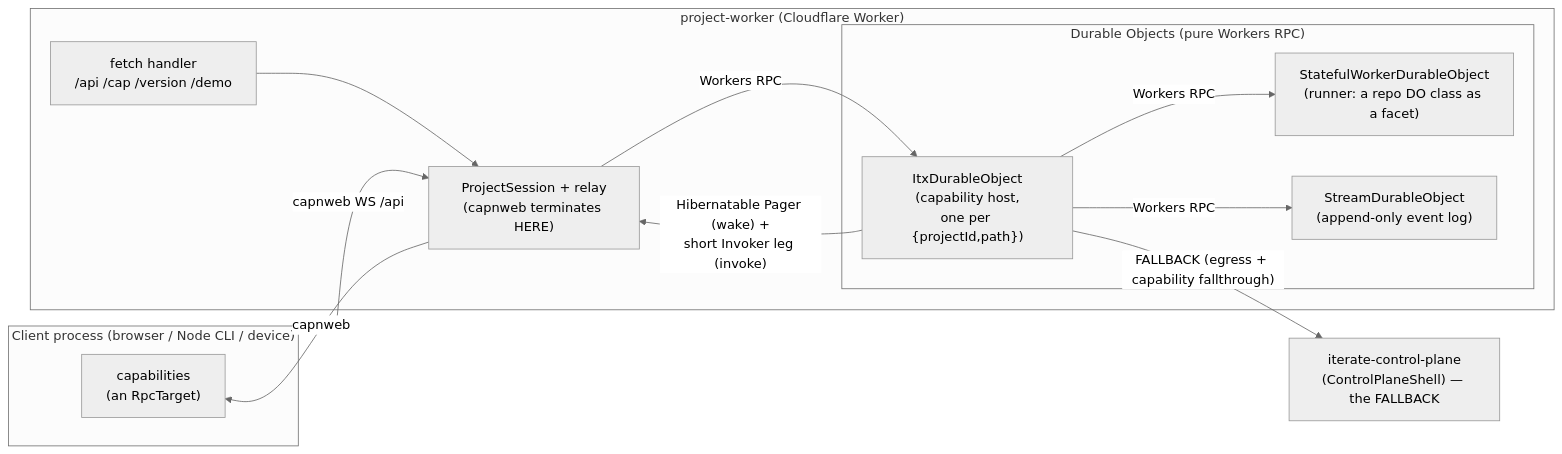
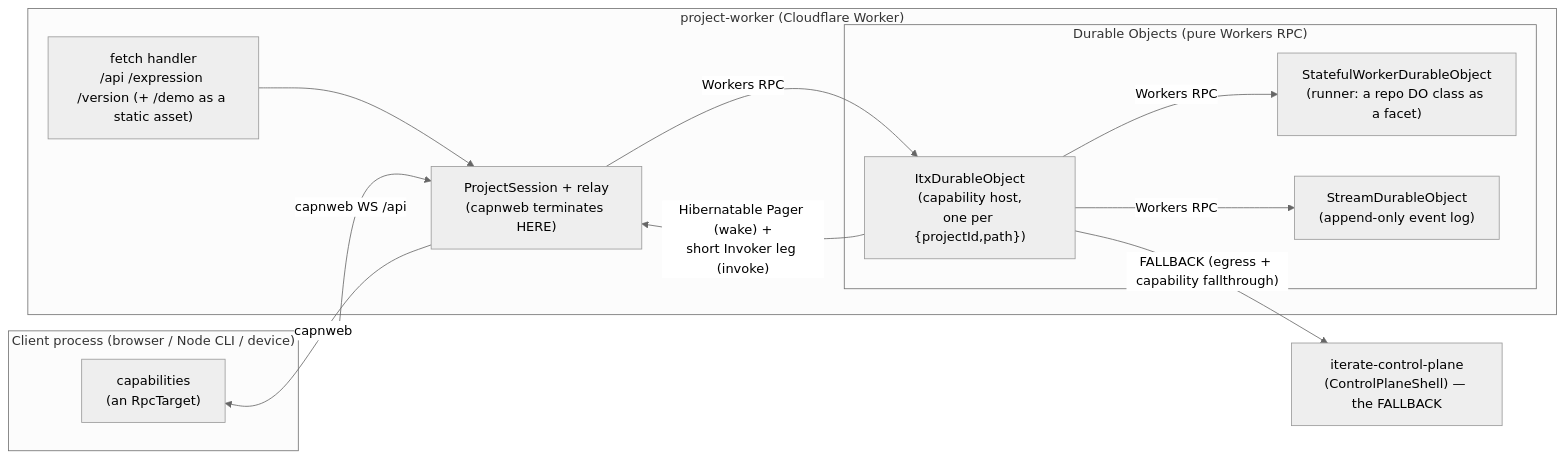
Before and after one commit to iterate/iterate: the first of 4 diagrams in packages/v3/project-worker/ARCHITECTURE.md, drawn with Mermaid (neutral theme). The commit also changed 8 other files, not shown here.

Commit message:
Clean-room perf W2: the /demo page is a Workers static asset, not a 255 KiB string in the worker script — 255 KiB out of every /api and DO isolate; deployed baseline + the per-invocation subrequest ceiling logged

````diff
--- a/packages/v3/project-worker/ARCHITECTURE.md
+++ b/packages/v3/project-worker/ARCHITECTURE.md
@@ -35,27 +35,27 @@
 ```mermaid
 flowchart LR
   subgraph client["Client process (browser / Node CLI / device)"]
     caps["capabilities<br/>(an RpcTarget)"]
   end
 
   subgraph pw["project-worker (Cloudflare Worker)"]
-    edge["fetch handler<br/>/api /cap /version /demo"]
+    edge["fetch handler<br/>/api /expression /version (+ /demo as a static asset)"]
     relay["ProjectSession + relay<br/>(capnweb terminates HERE)"]
     subgraph dos["Durable Objects (pure Workers RPC)"]
       itx["ItxDurableObject<br/>(capability host,<br/>one per {projectId,path})"]
       sw["StatefulWorkerDurableObject<br/>(runner: a repo DO class as a facet)"]
       st["StreamDurableObject<br/>(append-only event log)"]
     end
   end
 
   cp["iterate-control-plane<br/>(ControlPlaneShell) — the FALLBACK"]
 
   client -- "capnweb WS /api" --> relay
   edge --> relay
   relay -- "Workers RPC" --> itx
   itx -- "Hibernatable Pager (wake) +<br/>short Invoker leg (invoke)" --> relay
   relay -- "capnweb" --> caps
   itx -- "Workers RPC" --> sw
   itx -- "Workers RPC" --> st
   itx -- "FALLBACK (egress + capability fallthrough)" --> cp
 ```
````
